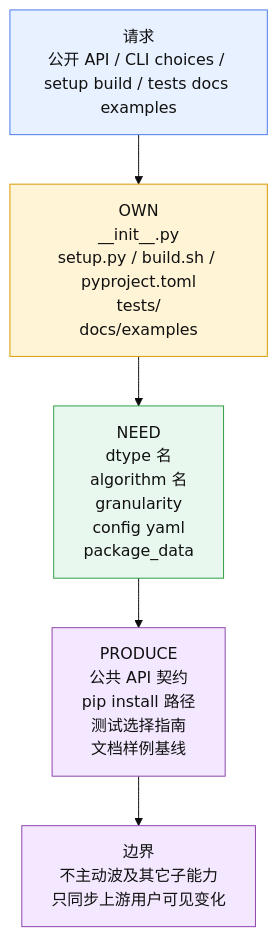
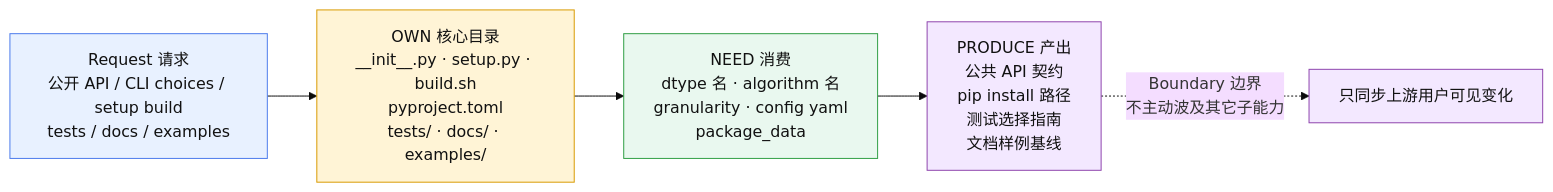
One commit to Atlas-Ascend-Fork/amct changed diagram 11 of 11 in .agents/docs/amct-coder-module-analysis.md. Above: the diagram before and after it, drawn with Mermaid (base theme). The commit also changed other lines of this file, not shown here.

````diff
--- a/.agents/docs/amct-coder-module-analysis.md
+++ b/.agents/docs/amct-coder-module-analysis.md
@@ -320,16 +384,16 @@
 ```mermaid
-flowchart TB
-    A["请求<br/>公开 API / CLI choices / setup build / tests docs examples"] --> B["OWN<br/>__init__.py<br/>setup.py / build.sh / pyproject.toml<br/>tests/<br/>docs/examples"]
-    B --> C["NEED<br/>dtype 名<br/>algorithm 名<br/>granularity<br/>config yaml<br/>package_data"]
-    C --> D["PRODUCE<br/>公共 API 契约<br/>pip install 路径<br/>测试选择指南<br/>文档样例基线"]
-    D --> E["边界<br/>不主动波及其它子能力<br/>只同步上游用户可见变化"]
+flowchart LR
+    A["Request 请求<br/>公开 API / CLI choices / setup build<br/>tests / docs / examples"] --> B["OWN 核心目录<br/>__init__.py · setup.py · build.sh<br/>pyproject.toml<br/>tests/ · docs/ · examples/"]
+    B --> C["NEED 消费<br/>dtype 名 · algorithm 名<br/>granularity · config yaml<br/>package_data"]
+    C --> D["PRODUCE 产出<br/>公共 API 契约<br/>pip install 路径<br/>测试选择指南<br/>文档样例基线"]
+    D -. "Boundary 边界<br/>不主动波及其它子能力" .-> E["只同步上游用户可见变化"]
 
     classDef entry fill:#e8f1ff,stroke:#4b7bec,stroke-width:1px,color:#111;
     classDef core fill:#fff4d6,stroke:#d99a00,stroke-width:1px,color:#111;
     classDef data fill:#e9f8ef,stroke:#2f9e44,stroke-width:1px,color:#111;
     classDef out fill:#f3e8ff,stroke:#8e44ad,stroke-width:1px,color:#111;
     class A entry;
     class B core;
     class C data;
     class D,E out;
 ```
````
